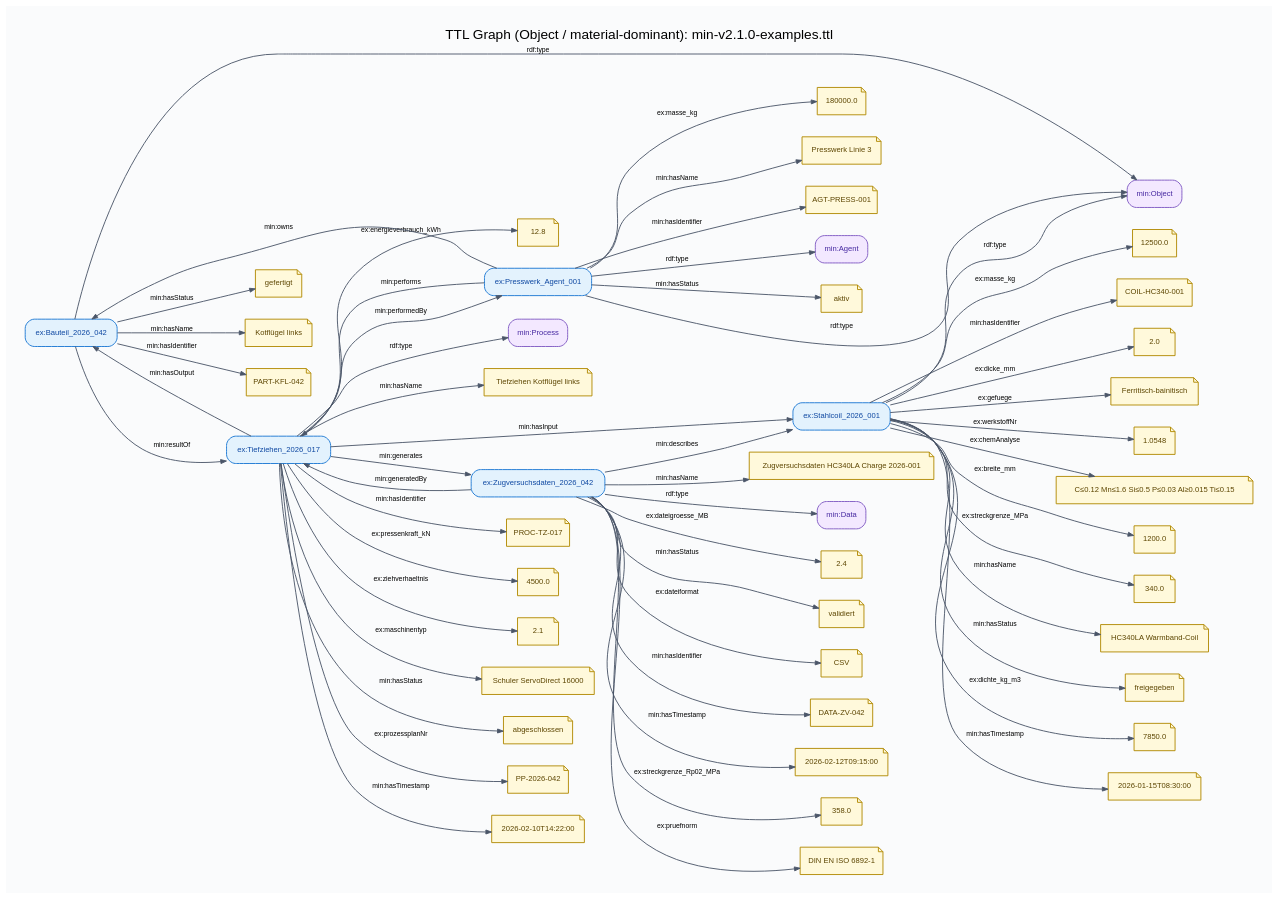
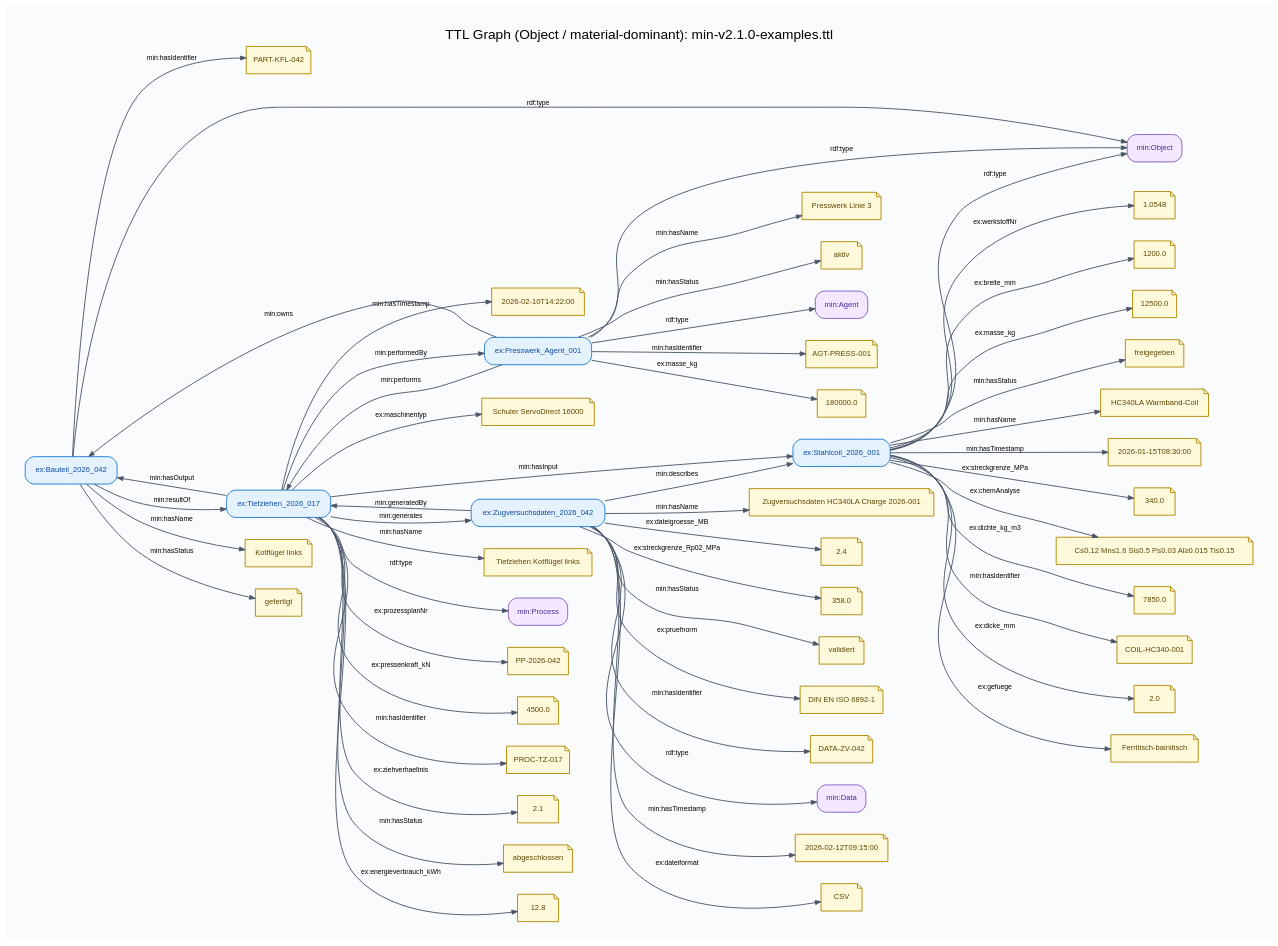
One commit to lepy/sdata-ontology changed the diagram in docs/diagrams/min-v2.1.0-examples-material-modal.dot. Above: the diagram before and after it, drawn with Graphviz. The commit also changed other lines of this file and 34 other files, not shown here.

```diff
--- a/docs/diagrams/min-v2.1.0-examples-material-modal.dot
+++ b/docs/diagrams/min-v2.1.0-examples-material-modal.dot
@@ -30,165 +30,245 @@
 		fillcolor="#E3F2FD",
 		fontcolor="#0D47A1",
 		label="ex:Bauteil_2026_042"];
+	"lit::PART-KFL-042::::"	[color="#B08900",
+		fillcolor="#FFF9DB",
+		fontcolor="#5C4500",
+		label="PART-KFL-042",
+		shape=note];
+	"uri::https://example.org/Bauteil_2026_042" -> "lit::PART-KFL-042::::"	[label="min:hasIdentifier"];
+	"uri::https://example.org/Tiefziehen_2026_017"	[color="#1976D2",
+		fillcolor="#E3F2FD",
+		fontcolor="#0D47A1",
+		label="ex:Tiefziehen_2026_017"];
+	"uri::https://example.org/Bauteil_2026_042" -> "uri::https://example.org/Tiefziehen_2026_017"	[label="min:resultOf"];
 	"uri::https://w3id.org/min#Object"	[color="#7E57C2",
 		fillcolor="#F3E8FF",
 		fontcolor="#4527A0",
 		label="min:Object"];
 	"uri::https://example.org/Bauteil_2026_042" -> "uri::https://w3id.org/min#Object"	[label="rdf:type"];
-	"uri::https://example.org/Tiefziehen_2026_017"	[color="#1976D2",
-		fillcolor="#E3F2FD",
-		fontcolor="#0D47A1",
-		label="ex:Tiefziehen_2026_017"];
-	"uri::https://example.org/Bauteil_2026_042" -> "uri::https://example.org/Tiefziehen_2026_017"	[label="min:resultOf"];
+	"lit::Kotflügel links::::"	[color="#B08900",
+		fillcolor="#FFF9DB",
+		fontcolor="#5C4500",
+		label="Kotflügel links",
+		shape=note];
+	"uri::https://example.org/Bauteil_2026_042" -> "lit::Kotflügel links::::"	[label="min:hasName"];
 	"lit::gefertigt::::"	[color="#B08900",
 		fillcolor="#FFF9DB",
 		fontcolor="#5C4500",
 		label=gefertigt,
 		shape=note];
 	"uri::https://example.org/Bauteil_2026_042" -> "lit::gefertigt::::"	[label="min:hasStatus"];
-	"lit::Kotflügel links::::"	[color="#B08900",
-		fillcolor="#FFF9DB",
-		fontcolor="#5C4500",
-		label="Kotflügel links",
-		shape=note];
-	"uri::https://example.org/Bauteil_2026_042" -> "lit::Kotflügel links::::"	[label="min:hasName"];
-	"lit::PART-KFL-042::::"	[color="#B08900",
-		fillcolor="#FFF9DB",
-		fontcolor="#5C4500",
-		label="PART-KFL-042",
-		shape=note];
-	"uri::https://example.org/Bauteil_2026_042" -> "lit::PART-KFL-042::::"	[label="min:hasIdentifier"];
-	"uri::https://example.org/Tiefziehen_2026_017" -> "uri::https://example.org/Bauteil_2026_042"	[label="min:hasOutput"];
 	"uri::https://example.org/Zugversuchsdaten_2026_042"	[color="#1976D2",
 		fillcolor="#E3F2FD",
 		fontcolor="#0D47A1",
 		label="ex:Zugversuchsdaten_2026_042"];
-	"uri::https://example.org/Tiefziehen_2026_017" -> "uri::https://example.org/Zugversuchsdaten_2026_042"	[label="min:generates"];
+	"uri::https://example.org/Zugversuchsdaten_2026_042" -> "uri::https://example.org/Tiefziehen_2026_017"	[label="min:generatedBy"];
 	"uri::https://example.org/Stahlcoil_2026_001"	[color="#1976D2",
 		fillcolor="#E3F2FD",
 		fontcolor="#0D47A1",
 		label="ex:Stahlcoil_2026_001"];
-	"uri::https://example.org/Tiefziehen_2026_017" -> "uri::https://example.org/Stahlcoil_2026_001"	[label="min:hasInput"];
-	"uri::https://w3id.org/min#Process"	[color="#7E57C2",
+	"uri::https://example.org/Zugversuchsdaten_2026_042" -> "uri::https://example.org/Stahlcoil_2026_001"	[label="min:describes"];
+	"lit::CSV::::"	[color="#B08900",
+		fillcolor="#FFF9DB",
+		fontcolor="#5C4500",
+		label=CSV,
+		shape=note];
+	"uri::https://example.org/Zugversuchsdaten_2026_042" -> "lit::CSV::::"	[label="ex:dateiformat"];
+	"lit::Zugversuchsdaten HC340LA Charge 2026-001::::"	[color="#B08900",
+		fillcolor="#FFF9DB",
+		fontcolor="#5C4500",
+		label="Zugversuchsdaten HC340LA Charge 2026-001",
+		shape=note];
+	"uri::https://example.org/Zugversuchsdaten_2026_042" -> "lit::Zugversuchsdaten HC340LA Charge 2026-001::::"	[label="min:hasName"];
+	"lit::2.4::http://www.w3.org/2001/XMLSchema#decimal::"	[color="#B08900",
+		fillcolor="#FFF9DB",
+		fontcolor="#5C4500",
+		label=2.4,
+		shape=note];
+	"uri::https://example.org/Zugversuchsdaten_2026_042" -> "lit::2.4::http://www.w3.org/2001/XMLSchema#decimal::"	[label="ex:dateigroesse_MB"];
+	"lit::358.0::http://www.w3.org/2001/XMLSchema#decimal::"	[color="#B08900",
+		fillcolor="#FFF9DB",
+		fontcolor="#5C4500",
+		label=358.0,
+		shape=note];
+	"uri::https://example.org/Zugversuchsdaten_2026_042" -> "lit::358.0::http://www.w3.org/2001/XMLSchema#decimal::"	[label="ex:streckgrenze_Rp02_MPa"];
+	"lit::validiert::::"	[color="#B08900",
+		fillcolor="#FFF9DB",
+		fontcolor="#5C4500",
+		label=validiert,
+		shape=note];
+	"uri::https://example.org/Zugversuchsdaten_2026_042" -> "lit::validiert::::"	[label="min:hasStatus"];
+	"lit::DIN EN ISO 6892-1::::"	[color="#B08900",
+		fillcolor="#FFF9DB",
+		fontcolor="#5C4500",
+		label="DIN EN ISO 6892-1",
+		shape=note];
+	"uri::https://example.org/Zugversuchsdaten_2026_042" -> "lit::DIN EN ISO 6892-1::::"	[label="ex:pruefnorm"];
+	"lit::DATA-ZV-042::::"	[color="#B08900",
+		fillcolor="#FFF9DB",
+		fontcolor="#5C4500",
+		label="DATA-ZV-042",
+		shape=note];
+	"uri::https://example.org/Zugversuchsdaten_2026_042" -> "lit::DATA-ZV-042::::"	[label="min:hasIdentifier"];
+	"uri::https://w3id.org/min#Data"	[color="#7E57C2",
 		fillcolor="#F3E8FF",
 		fontcolor="#4527A0",
-		label="min:Process"];
-	"uri::https://example.org/Tiefziehen_2026_017" -> "uri::https://w3id.org/min#Process"	[label="rdf:type"];
+		label="min:Data"];
+	"uri::https://example.org/Zugversuchsdaten_2026_042" -> "uri::https://w3id.org/min#Data"	[label="rdf:type"];
+	"lit::2026-02-12T09:15:00::http://www.w3.org/2001/XMLSchema#dateTime::"	[color="#B08900",
+		fillcolor="#FFF9DB",
+		fontcolor="#5C4500",
+		label="2026-02-12T09:15:00",
+		shape=note];
+	"uri::https://example.org/Zugversuchsdaten_2026_042" -> "lit::2026-02-12T09:15:00::http://www.w3.org/2001/XMLSchema#dateTime::"	[label="min:hasTimestamp"];
+	"uri::https://example.org/Tiefziehen_2026_017" -> "uri::https://example.org/Bauteil_2026_042"	[label="min:hasOutput"];
+	"uri::https://example.org/Tiefziehen_2026_017" -> "uri::https://example.org/Zugversuchsdaten_2026_042"	[label="min:generates"];
 	"uri::https://example.org/Presswerk_Agent_001"	[color="#1976D2",
 		fillcolor="#E3F2FD",
 		fontcolor="#0D47A1",
 		label="ex:Presswerk_Agent_001"];
 	"uri::https://example.org/Tiefziehen_2026_017" -> "uri::https://example.org/Presswerk_Agent_001"	[label="min:performedBy"];
+	"uri::https://example.org/Tiefziehen_2026_017" -> "uri::https://example.org/Stahlcoil_2026_001"	[label="min:hasInput"];
 	"lit::Tiefziehen Kotflügel links::::"	[color="#B08900",
 		fillcolor="#FFF9DB",
 		fontcolor="#5C4500",
 		label="Tiefziehen Kotflügel links",
 		shape=note];
 	"uri::https://example.org/Tiefziehen_2026_017" -> "lit::Tiefziehen Kotflügel links::::"	[label="min:hasName"];
+	"uri::https://w3id.org/min#Process"	[color="#7E57C2",
+		fillcolor="#F3E8FF",
+		fontcolor="#4527A0",
+		label="min:Process"];
+	"uri::https://example.org/Tiefziehen_2026_017" -> "uri::https://w3id.org/min#Process"	[label="rdf:type"];
+	"lit::PP-2026-042::::"	[color="#B08900",
+		fillcolor="#FFF9DB",
+		fontcolor="#5C4500",
+		label="PP-2026-042",
+		shape=note];
+	"uri::https://example.org/Tiefziehen_2026_017" -> "lit::PP-2026-042::::"	[label="ex:prozessplanNr"];
+	"lit::4500.0::http://www.w3.org/2001/XMLSchema#decimal::"	[color="#B08900",
+		fillcolor="#FFF9DB",
+		fontcolor="#5C4500",
+		label=4500.0,
+		shape=note];
+	"uri::https://example.org/Tiefziehen_2026_017" -> "lit::4500.0::http://www.w3.org/2001/XMLSchema#decimal::"	[label="ex:pressenkraft_kN"];
 	"lit::PROC-TZ-017::::"	[color="#B08900",
 		fillcolor="#FFF9DB",
 		fontcolor="#5C4500",
 		label="PROC-TZ-017",
 		shape=note];
 	"uri::https://example.org/Tiefziehen_2026_017" -> "lit::PROC-TZ-017::::"	[label="min:hasIdentifier"];
-	"lit::4500.0::http://www.w3.org/2001/XMLSchema#decimal::"	[color="#B08900",
-		fillcolor="#FFF9DB",
-		fontcolor="#5C4500",
-		label=4500.0,
-		shape=note];
-	"uri::https://example.org/Tiefziehen_2026_017" -> "lit::4500.0::http://www.w3.org/2001/XMLSchema#decimal::"	[label="ex:pressenkraft_kN"];
 	"lit::2.1::http://www.w3.org/2001/XMLSchema#decimal::"	[color="#B08900",
 		fillcolor="#FFF9DB",
 		fontcolor="#5C4500",
 		label=2.1,
 		shape=note];
 	"uri::https://example.org/Tiefziehen_2026_017" -> "lit::2.1::http://www.w3.org/2001/XMLSchema#decimal::"	[label="ex:ziehverhaeltnis"];
+	"lit::abgeschlossen::::"	[color="#B08900",
+		fillcolor="#FFF9DB",
+		fontcolor="#5C4500",
+		label=abgeschlossen,
+		shape=note];
+	"uri::https://example.org/Tiefziehen_2026_017" -> "lit::abgeschlossen::::"	[label="min:hasStatus"];
+	"lit::12.8::http://www.w3.org/2001/XMLSchema#decimal::"	[color="#B08900",
+		fillcolor="#FFF9DB",
+		fontcolor="#5C4500",
+		label=12.8,
+		shape=note];
+	"uri::https://example.org/Tiefziehen_2026_017" -> "lit::12.8::http://www.w3.org/2001/XMLSchema#decimal::"	[label="ex:energieverbrauch_kWh"];
+	"lit::2026-02-10T14:22:00::http://www.w3.org/2001/XMLSchema#dateTime::"	[color="#B08900",
+		fillcolor="#FFF9DB",
+		fontcolor="#5C4500",
+		label="2026-02-10T14:22:00",
+		shape=note];
+	"uri::https://example.org/Tiefziehen_2026_017" -> "lit::2026-02-10T14:22:00::http://www.w3.org/2001/XMLSchema#dateTime::"	[label="min:hasTimestamp"];
 	"lit::Schuler ServoDirect 16000::::"	[color="#B08900",
 		fillcolor="#FFF9DB",
 		fontcolor="#5C4500",
 		label="Schuler ServoDirect 16000",
 		shape=note];
 	"uri::https://example.org/Tiefziehen_2026_017" -> "lit::Schuler ServoDirect 16000::::"	[label="ex:maschinentyp"];
-	"lit::abgeschlossen::::"	[color="#B08900",
+	"uri::https://example.org/Presswerk_Agent_001" -> "uri::https://example.org/Bauteil_2026_042"	[label="min:owns"];
+	"uri::https://example.org/Presswerk_Agent_001" -> "uri::https://example.org/Tiefziehen_2026_017"	[label="min:performs"];
+	"uri::https://example.org/Presswerk_Agent_001" -> "uri::https://w3id.org/min#Object"	[label="rdf:type"];
+	"lit::Presswerk Linie 3::::"	[color="#B08900",
 		fillcolor="#FFF9DB",
 		fontcolor="#5C4500",
-		label=abgeschlossen,
+		label="Presswerk Linie 3",
 		shape=note];
-	"uri::https://example.org/Tiefziehen_2026_017" -> "lit::abgeschlossen::::"	[label="min:hasStatus"];
-	"lit::PP-2026-042::::"	[color="#B08900",
+	"uri::https://example.org/Presswerk_Agent_001" -> "lit::Presswerk Linie 3::::"	[label="min:hasName"];
+	"lit::aktiv::::"	[color="#B08900",
 		fillcolor="#FFF9DB",
 		fontcolor="#5C4500",
-		label="PP-2026-042",
+		label=aktiv,
 		shape=note];
-	"uri::https://example.org/Tiefziehen_2026_017" -> "lit::PP-2026-042::::"	[label="ex:prozessplanNr"];
-	"lit::2026-02-10T14:22:00::http://www.w3.org/2001/XMLSchema#dateTime::"	[color="#B08900",
+	"uri::https://example.org/Presswerk_Agent_001" -> "lit::aktiv::::"	[label="min:hasStatus"];
+	"uri::https://w3id.org/min#Agent"	[color="#7E57C2",
+		fillcolor="#F3E8FF",
+		fontcolor="#4527A0",
+		label="min:Agent"];
+	"uri::https://example.org/Presswerk_Agent_001" -> "uri::https://w3id.org/min#Agent"	[label="rdf:type"];
+	"lit::AGT-PRESS-001::::"	[color="#B08900",
 		fillcolor="#FFF9DB",
 		fontcolor="#5C4500",
-		label="2026-02-10T14:22:00",
+		label="AGT-PRESS-001",
 		shape=note];
-	"uri::https://example.org/Tiefziehen_2026_017" -> "lit::2026-02-10T14:22:00::http://www.w3.org/2001/XMLSchema#dateTime::"	[label="min:hasTimestamp"];
-	"lit::12.8::http://www.w3.org/2001/XMLSchema#decimal::"	[color="#B08900",
+	"uri::https://example.org/Presswerk_Agent_001" -> "lit::AGT-PRESS-001::::"	[label="min:hasIdentifier"];
+	"lit::180000.0::http://www.w3.org/2001/XMLSchema#decimal::"	[color="#B08900",
 		fillcolor="#FFF9DB",
 		fontcolor="#5C4500",
-		label=12.8,
+		label=180000.0,
 		shape=note];
-	"uri::https://example.org/Tiefziehen_2026_017" -> "lit::12.8::http://www.w3.org/2001/XMLSchema#decimal::"	[label="ex:energieverbrauch_kWh"];
-	"uri::https://example.org/Zugversuchsdaten_2026_042" -> "uri::https://example.org/Tiefziehen_2026_017"	[label="min:generatedBy"];
-	"lit::358.0::http://www.w3.org/2001/XMLSchema#decimal::"	[color="#B08900",
+	"uri::https://example.org/Presswerk_Agent_001" -> "lit::180000.0::http://www.w3.org/2001/XMLSchema#decimal::"	[label="ex:masse_kg"];
+	"uri::https://example.org/Stahlcoil_2026_001" -> "uri::https://w3id.org/min#Object"	[label="rdf:type"];
+	"lit::12500.0::http://www.w3.org/2001/XMLSchema#decimal::"	[color="#B08900",
 		fillcolor="#FFF9DB",
 		fontcolor="#5C4500",
-		label=358.0,
+		label=12500.0,
 		shape=note];
-	"uri::https://example.org/Zugversuchsdaten_2026_042" -> "lit::358.0::http://www.w3.org/2001/XMLSchema#decimal::"	[label="ex:streckgrenze_Rp02_MPa"];
-	"uri::https://example.org/Zugversuchsdaten_2026_042" -> "uri::https://example.org/Stahlcoil_2026_001"	[label="min:describes"];
-	"lit::DIN EN ISO 6892-1::::"	[color="#B08900",
+	"uri::https://example.org/Stahlcoil_2026_001" -> "lit::12500.0::http://www.w3.org/2001/XMLSchema#decimal::"	[label="ex:masse_kg"];
+	"lit::freigegeben::::"	[color="#B08900",
 		fillcolor="#FFF9DB",
 		fontcolor="#5C4500",
-		label="DIN EN ISO 6892-1",
+		label=freigegeben,
 		shape=note];
-	"uri::https://example.org/Zugversuchsdaten_2026_042" -> "lit::DIN EN ISO 6892-1::::"	[label="ex:pruefnorm"];
-	"lit::Zugversuchsdaten HC340LA Charge 2026-001::::"	[color="#B08900",
+	"uri::https://example.org/Stahlcoil_2026_001" -> "lit::freigegeben::::"	[label="min:hasStatus"];
+	"lit::HC340LA Warmband-Coil::::"	[color="#B08900",
 		fillcolor="#FFF9DB",
 		fontcolor="#5C4500",
-		label="Zugversuchsdaten HC340LA Charge 2026-001",
+		label="HC340LA Warmband-Coil",
 		shape=note];
-	"uri::https://example.org/Zugversuchsdaten_2026_042" -> "lit::Zugversuchsdaten HC340LA Charge 2026-001::::"	[label="min:hasName"];
-	"uri::https://w3id.org/min#Data"	[color="#7E57C2",
-		fillcolor="#F3E8FF",
-		fontcolor="#4527A0",
-		label="min:Data"];
-	"uri::https://example.org/Zugversuchsdaten_2026_042" -> "uri::https://w3id.org/min#Data"	[label="rdf:type"];
-	"lit::2.4::http://www.w3.org/2001/XMLSchema#decimal::"	[color="#B08900",
+	"uri::https://example.org/Stahlcoil_2026_001" -> "lit::HC340LA Warmband-Coil::::"	[label="min:hasName"];
+	"lit::2026-01-15T08:30:00::http://www.w3.org/2001/XMLSchema#dateTime::"	[color="#B08900",
 		fillcolor="#FFF9DB",
 		fontcolor="#5C4500",
-		label=2.4,
+		label="2026-01-15T08:30:00",
 		shape=note];
-	"uri::https://example.org/Zugversuchsdaten_2026_042" -> "lit::2.4::http://www.w3.org/2001/XMLSchema#decimal::"	[label="ex:dateigroesse_MB"];
-	"lit::validiert::::"	[color="#B08900",
+	"uri::https://example.org/Stahlcoil_2026_001" -> "lit::2026-01-15T08:30:00::http://www.w3.org/2001/XMLSchema#dateTime::"	[label="min:hasTimestamp"];
+	"lit::340.0::http://www.w3.org/2001/XMLSchema#decimal::"	[color="#B08900",
 		fillcolor="#FFF9DB",
 		fontcolor="#5C4500",
-		label=validiert,
+		label=340.0,
 		shape=note];
-	"uri::https://example.org/Zugversuchsdaten_2026_042" -> "lit::validiert::::"	[label="min:hasStatus"];
-	"lit::CSV::::"	[color="#B08900",
+	"uri::https://example.org/Stahlcoil_2026_001" -> "lit::340.0::http://www.w3.org/2001/XMLSchema#decimal::"	[label="ex:streckgrenze_MPa"];
+	"lit::C≤0.12 Mn≤1.6 Si≤0.5 P≤0.03 Al≥0.015 Ti≤0.15::::"	[color="#B08900",
 		fillcolor="#FFF9DB",
 		fontcolor="#5C4500",
-		label=CSV,
+		label="C≤0.12 Mn≤1.6 Si≤0.5 P≤0.03 Al≥0.015 Ti≤0.15",
 		shape=note];
-	"uri::https://example.org/Zugversuchsdaten_2026_042" -> "lit::CSV::::"	[label="ex:dateiformat"];
-	"lit::DATA-ZV-042::::"	[color="#B08900",
+	"uri::https://example.org/Stahlcoil_2026_001" -> "lit::C≤0.12 Mn≤1.6 Si≤0.5 P≤0.03 Al≥0.015 Ti≤0.15::::"	[label="ex:chemAnalyse"];
+	"lit::7850.0::http://www.w3.org/2001/XMLSchema#decimal::"	[color="#B08900",
 		fillcolor="#FFF9DB",
 		fontcolor="#5C4500",
-		label="DATA-ZV-042",
+		label=7850.0,
 		shape=note];
-	"uri::https://example.org/Zugversuchsdaten_2026_042" -> "lit::DATA-ZV-042::::"	[label="min:hasIdentifier"];
-	"lit::2026-02-12T09:15:00::http://www.w3.org/2001/XMLSchema#dateTime::"	[color="#B08900",
+	"uri::https://example.org/Stahlcoil_2026_001" -> "lit::7850.0::http://www.w3.org/2001/XMLSchema#decimal::"	[label="ex:dichte_kg_m3"];
+	"lit::COIL-HC340-001::::"	[color="#B08900",
 		fillcolor="#FFF9DB",
 		fontcolor="#5C4500",
-		label="2026-02-12T09:15:00",
+		label="COIL-HC340-001",
 		shape=note];
-	"uri::https://example.org/Zugversuchsdaten_2026_042" -> "lit::2026-02-12T09:15:00::http://www.w3.org/2001/XMLSchema#dateTime::"	[label="min:hasTimestamp"];
-	"uri::https://example.org/Stahlcoil_2026_001" -> "uri::https://w3id.org/min#Object"	[label="rdf:type"];
+	"uri::https://example.org/Stahlcoil_2026_001" -> "lit::COIL-HC340-001::::"	[label="min:hasIdentifier"];
 	"lit::2.0::http://www.w3.org/2001/XMLSchema#decimal::"	[color="#B08900",
 		fillcolor="#FFF9DB",
 		fontcolor="#5C4500",
@@ -207,90 +287,10 @@
 		label=1.0548,
 		shape=note];
 	"uri::https://example.org/Stahlcoil_2026_001" -> "lit::1.0548::::"	[label="ex:werkstoffNr"];
-	"lit::C≤0.12 Mn≤1.6 Si≤0.5 P≤0.03 Al≥0.015 Ti≤0.15::::"	[color="#B08900",
-		fillcolor="#FFF9DB",
-		fontcolor="#5C4500",
-		label="C≤0.12 Mn≤1.6 Si≤0.5 P≤0.03 Al≥0.015 Ti≤0.15",
-		shape=note];
-	"uri::https://example.org/Stahlcoil_2026_001" -> "lit::C≤0.12 Mn≤1.6 Si≤0.5 P≤0.03 Al≥0.015 Ti≤0.15::::"	[label="ex:chemAnalyse"];
 	"lit::1200.0::http://www.w3.org/2001/XMLSchema#decimal::"	[color="#B08900",
 		fillcolor="#FFF9DB",
 		fontcolor="#5C4500",
 		label=1200.0,
 		shape=note];
 	"uri::https://example.org/Stahlcoil_2026_001" -> "lit::1200.0::http://www.w3.org/2001/XMLSchema#decimal::"	[label="ex:breite_mm"];
-	"lit::340.0::http://www.w3.org/2001/XMLSchema#decimal::"	[color="#B08900",
-		fillcolor="#FFF9DB",
-		fontcolor="#5C4500",
-		label=340.0,
-		shape=note];
-	"uri::https://example.org/Stahlcoil_2026_001" -> "lit::340.0::http://www.w3.org/2001/XMLSchema#decimal::"	[label="ex:streckgrenze_MPa"];
-	"lit::HC340LA Warmband-Coil::::"	[color="#B08900",
-		fillcolor="#FFF9DB",
-		fontcolor="#5C4500",
-		label="HC340LA Warmband-Coil",
-		shape=note];
-	"uri::https://example.org/Stahlcoil_2026_001" -> "lit::HC340LA Warmband-Coil::::"	[label="min:hasName"];
-	"lit::freigegeben::::"	[color="#B08900",
-		fillcolor="#FFF9DB",
-		fontcolor="#5C4500",
-		label=freigegeben,
-		shape=note];
-	"uri::https://example.org/Stahlcoil_2026_001" -> "lit::freigegeben::::"	[label="min:hasStatus"];
-	"lit::7850.0::http://www.w3.org/2001/XMLSchema#decimal::"	[color="#B08900",
-		fillcolor="#FFF9DB",
-		fontcolor="#5C4500",
-		label=7850.0,
-		shape=note];
-	"uri::https://example.org/Stahlcoil_2026_001" -> "lit::7850.0::http://www.w3.org/2001/XMLSchema#decimal::"	[label="ex:dichte_kg_m3"];
-	"lit::2026-01-15T08:30:00::http://www.w3.org/2001/XMLSchema#dateTime::"	[color="#B08900",
-		fillcolor="#FFF9DB",
-		fontcolor="#5C4500",
-		label="2026-01-15T08:30:00",
-		shape=note];
-	"uri::https://example.org/Stahlcoil_2026_001" -> "lit::2026-01-15T08:30:00::http://www.w3.org/2001/XMLSchema#dateTime::"	[label="min:hasTimestamp"];
-	"lit::12500.0::http://www.w3.org/2001/XMLSchema#decimal::"	[color="#B08900",
-		fillcolor="#FFF9DB",
-		fontcolor="#5C4500",
-		label=12500.0,
-		shape=note];
-	"uri::https://example.org/Stahlcoil_2026_001" -> "lit::12500.0::http://www.w3.org/2001/XMLSchema#decimal::"	[label="ex:masse_kg"];
-	"lit::COIL-HC340-001::::"	[color="#B08900",
-		fillcolor="#FFF9DB",
-		fontcolor="#5C4500",
-		label="COIL-HC340-001",
-		shape=note];
-	"uri::https://example.org/Stahlcoil_2026_001" -> "lit::COIL-HC340-001::::"	[label="min:hasIdentifier"];
-	"uri::https://example.org/Presswerk_Agent_001" -> "uri::https://example.org/Bauteil_2026_042"	[label="min:owns"];
-	"uri::https://example.org/Presswerk_Agent_001" -> "uri::https://w3id.org/min#Object"	[label="rdf:type"];
-	"uri::https://example.org/Presswerk_Agent_001" -> "uri::https://example.org/Tiefziehen_2026_017"	[label="min:performs"];
-	"uri::https://w3id.org/min#Agent"	[color="#7E57C2",
-		fillcolor="#F3E8FF",
-		fontcolor="#4527A0",
-		label="min:Agent"];
-	"uri::https://example.org/Presswerk_Agent_001" -> "uri::https://w3id.org/min#Agent"	[label="rdf:type"];
-	"lit::aktiv::::"	[color="#B08900",
-		fillcolor="#FFF9DB",
-		fontcolor="#5C4500",
-		label=aktiv,
-		shape=note];
-	"uri::https://example.org/Presswerk_Agent_001" -> "lit::aktiv::::"	[label="min:hasStatus"];
-	"lit::Presswerk Linie 3::::"	[color="#B08900",
-		fillcolor="#FFF9DB",
-		fontcolor="#5C4500",
-		label="Presswerk Linie 3",
-		shape=note];
-	"uri::https://example.org/Presswerk_Agent_001" -> "lit::Presswerk Linie 3::::"	[label="min:hasName"];
-	"lit::180000.0::http://www.w3.org/2001/XMLSchema#decimal::"	[color="#B08900",
-		fillcolor="#FFF9DB",
-		fontcolor="#5C4500",
-		label=180000.0,
-		shape=note];
-	"uri::https://example.org/Presswerk_Agent_001" -> "lit::180000.0::http://www.w3.org/2001/XMLSchema#decimal::"	[label="ex:masse_kg"];
-	"lit::AGT-PRESS-001::::"	[color="#B08900",
-		fillcolor="#FFF9DB",
-		fontcolor="#5C4500",
-		label="AGT-PRESS-001",
-		shape=note];
-	"uri::https://example.org/Presswerk_Agent_001" -> "lit::AGT-PRESS-001::::"	[label="min:hasIdentifier"];
 }
```
